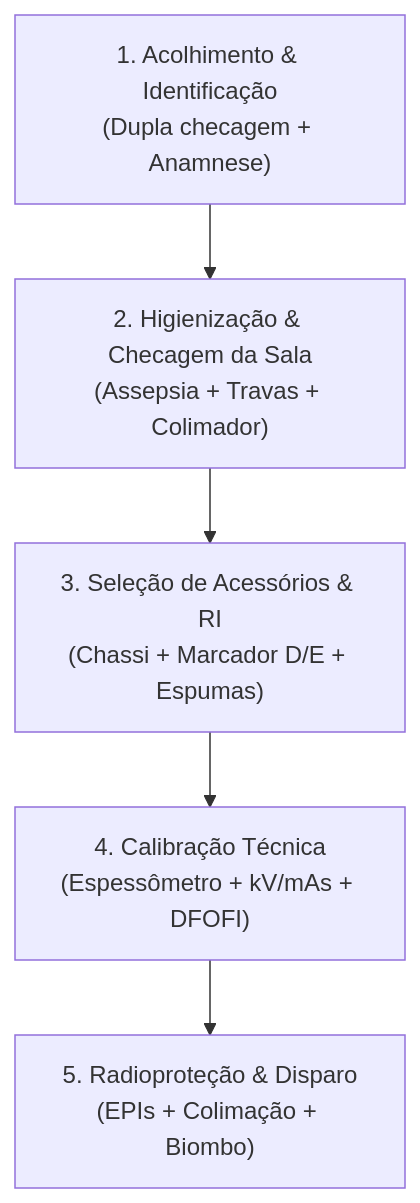
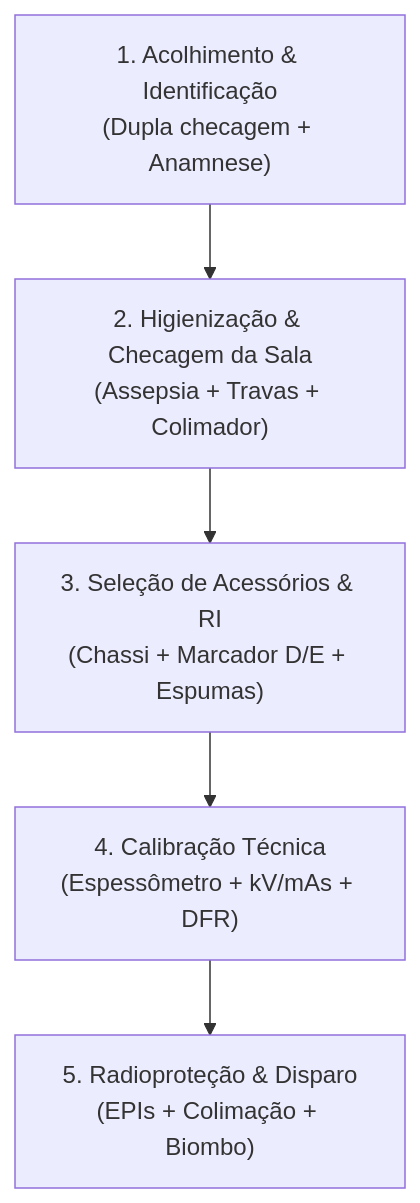
The diagram in _posts/2026-05-06-uc1-criterios-e-competencias-preparo-de-equipamentos-e-acessorios.md (HenriqueFreire/henriquefreire.github.io), drawn with Mermaid before and after one commit. The commit also changed other lines of this file, not shown here.

Commit message:
docs: substituir DFOFI por DFR na UC1

````diff
--- a/_posts/2026-05-06-uc1-criterios-e-competencias-preparo-de-equipamentos-e-acessorios.md
+++ b/_posts/2026-05-06-uc1-criterios-e-competencias-preparo-de-equipamentos-e-acessorios.md
@@ -22,7 +22,7 @@
 ```mermaid
 flowchart TD
     A["1. Acolhimento & Identificação<br/>(Dupla checagem + Anamnese)"] --> B["2. Higienização & Checagem da Sala<br/>(Assepsia + Travas + Colimador)"]
     B --> C["3. Seleção de Acessórios & RI<br/>(Chassi + Marcador D/E + Espumas)"]
-    C --> D["4. Calibração Técnica<br/>(Espessômetro + kV/mAs + DFOFI)"]
+    C --> D["4. Calibração Técnica<br/>(Espessômetro + kV/mAs + DFR)"]
     D --> E["5. Radioproteção & Disparo<br/>(EPIs + Colimação + Biombo)"]
 ```
````
